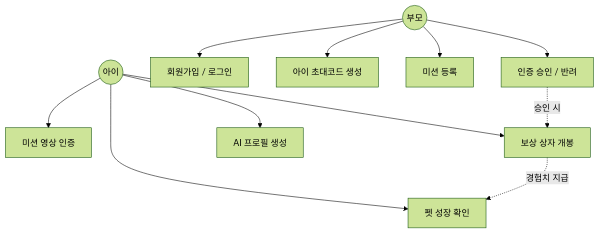
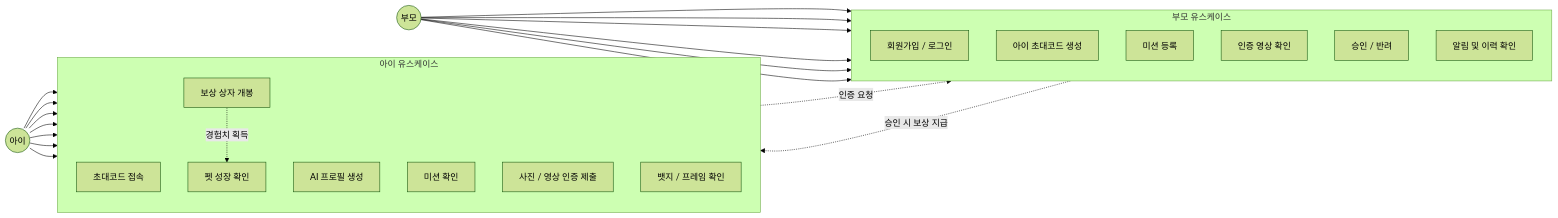
One commit to kimyoungsu61/Child_Habit changed the second of 4 diagrams in README_child_habit_service.md. Above: the diagram before and after it, drawn with Mermaid (forest theme). The commit also changed other lines of this file, not shown here.

````diff
--- a/README_child_habit_service.md
+++ b/README_child_habit_service.md
@@ -215,27 +215,45 @@
 ```mermaid
-flowchart TD
+flowchart LR
     Parent((부모))
     Child((아이))
 
-    UC1[회원가입 / 로그인]
-    UC2[아이 초대코드 생성]
-    UC3[미션 등록]
-    UC4[미션 영상 인증]
-    UC5[인증 승인 / 반려]
-    UC6[보상 상자 개봉]
-    UC7[펫 성장 확인]
-    UC8[AI 프로필 생성]
+    subgraph ParentUsecase["부모 유스케이스"]
+        direction TB
+        P1["회원가입 / 로그인"]
+        P2["아이 초대코드 생성"]
+        P3["미션 등록"]
+        P4["인증 영상 확인"]
+        P5["승인 / 반려"]
+        P6["알림 및 이력 확인"]
+    end
 
-    Parent --> UC1
-    Parent --> UC2
-    Parent --> UC3
-    Parent --> UC5
+    subgraph ChildUsecase["아이 유스케이스"]
+        direction TB
+        C1["초대코드 접속"]
+        C2["AI 프로필 생성"]
+        C3["미션 확인"]
+        C4["사진 / 영상 인증 제출"]
+        C5["보상 상자 개봉"]
+        C6["펫 성장 확인"]
+        C7["뱃지 / 프레임 확인"]
+    end
 
-    Child --> UC4
-    Child --> UC6
-    Child --> UC7
-    Child --> UC8
+    Parent --> P1
+    Parent --> P2
+    Parent --> P3
+    Parent --> P4
+    Parent --> P5
+    Parent --> P6
 
-    UC5 -.승인 시.-> UC6
-    UC6 -.경험치 지급.-> UC7
+    Child --> C1
+    Child --> C2
+    Child --> C3
+    Child --> C4
+    Child --> C5
+    Child --> C6
+    Child --> C7
+
+    C4 -.인증 요청.-> P4
+    P5 -.승인 시 보상 지급.-> C5
+    C5 -.경험치 획득.-> C6
 ```
````
